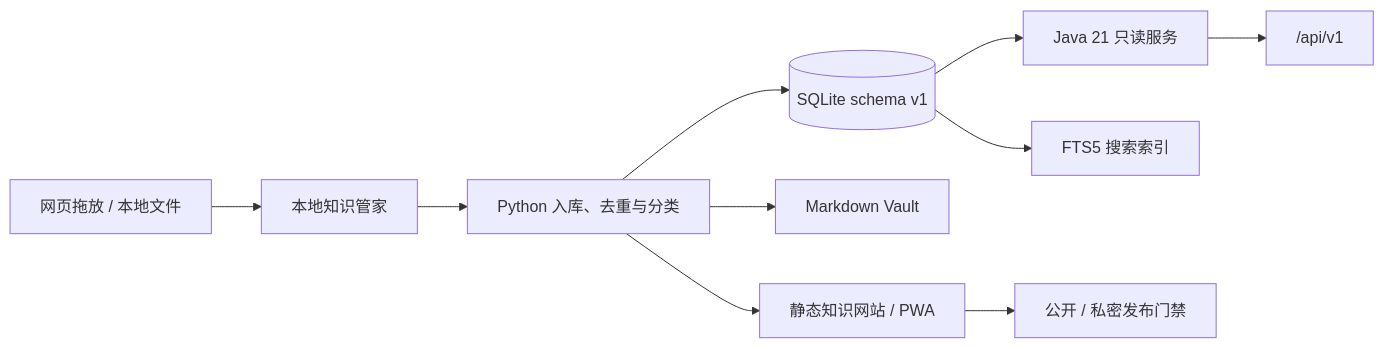
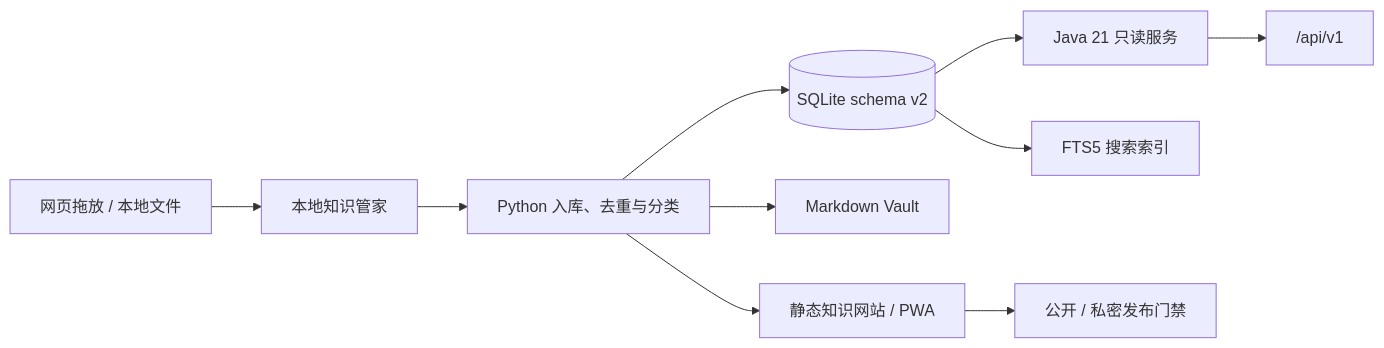
Before and after one commit to Eascaty/open-knowledge: the diagram in README.md, drawn with Mermaid. The commit also changed other lines of this file and 12 other files, not shown here.

````diff
--- a/README.md
+++ b/README.md
@@ -194,12 +214,12 @@
 ```mermaid
 flowchart LR
     A["网页拖放 / 本地文件"] --> M["本地知识管家"]
     M --> B["Python 入库、去重与分类"]
-    B --> C[("SQLite schema v1")]
+    B --> C[("SQLite schema v2")]
     B --> D["Markdown Vault"]
     B --> E["静态知识网站 / PWA"]
     C --> F["Java 21 只读服务"]
     F --> G["/api/v1"]
     C --> H["FTS5 搜索索引"]
     E --> I["公开 / 私密发布门禁"]
 ```
````
